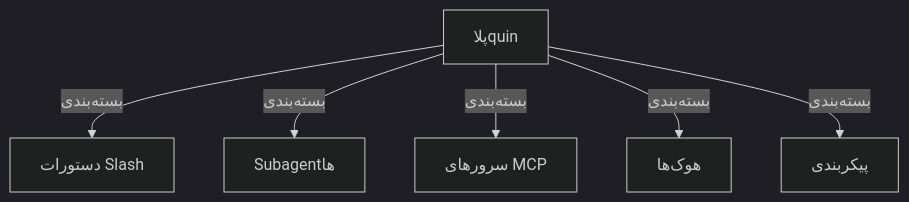
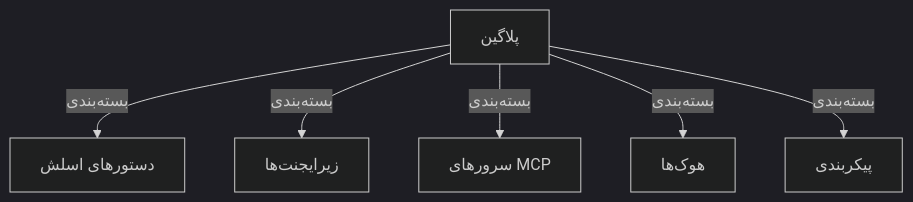
One commit to hassanbht/claude-howto changed the first of 5 diagrams in fa/07-plugins/README.md. Above: the diagram before and after it, drawn with Mermaid (dark theme). The commit also changed other lines of this file and 53 other files, not shown here.

````diff
--- a/fa/07-plugins/README.md
+++ b/fa/07-plugins/README.md
@@ -32,15 +16,15 @@
 ```mermaid
 graph TB
-    A["پلاquin"]
-    B["دستورات Slash"]
-    C["Subagentها"]
+    A["پلاگین"]
+    B["دستورهای اسلش"]
+    C["زیرایجنت‌ها"]
     D["سرورهای MCP"]
     E["هوک‌ها"]
     F["پیکربندی"]
 
     A -->|بسته‌بندی| B
     A -->|بسته‌بندی| C
     A -->|بسته‌بندی| D
     A -->|بسته‌بندی| E
     A -->|بسته‌بندی| F
 ```
````
